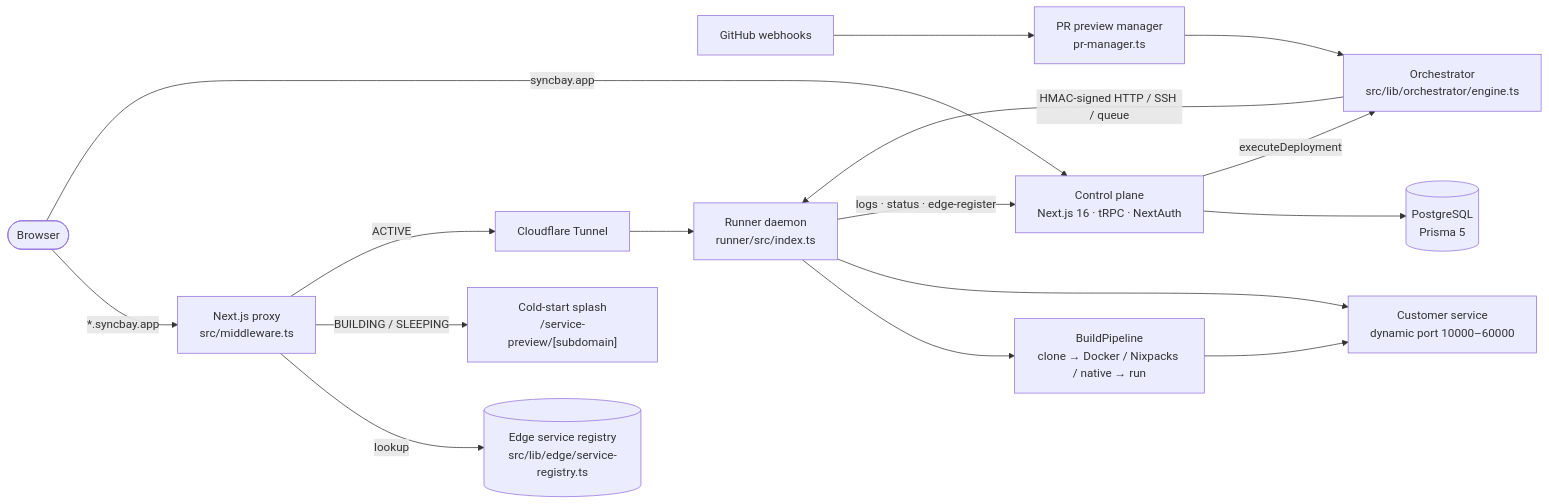
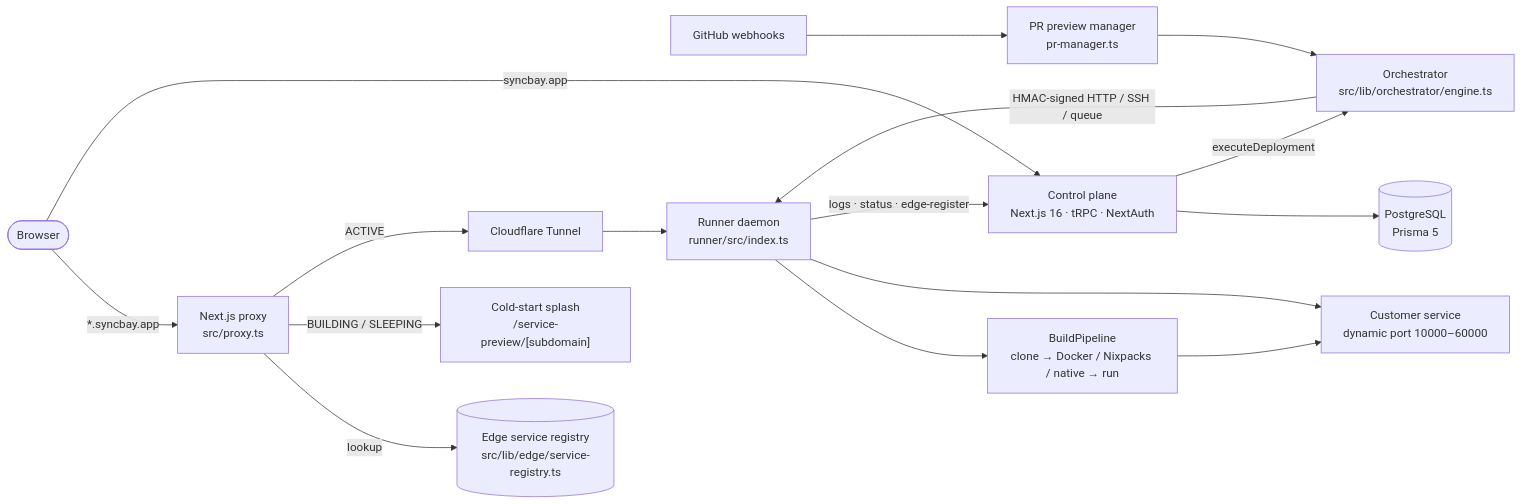
One commit to H410M-H/syncbay changed the diagram in README.md. Above: the diagram before and after it, drawn with Mermaid. The commit also changed other lines of this file and 4 other files, not shown here.

First line of the commit message:
docs: v1.0 integration — env vars, CI suites, roadmap

````diff
--- a/README.md
+++ b/README.md
@@ -7,16 +7,16 @@
 ```mermaid
 flowchart LR
-  user([Browser]) -->|"*.syncbay.app"| proxy["Next.js proxy<br/>src/middleware.ts"]
+  user([Browser]) -->|"*.syncbay.app"| proxy["Next.js proxy<br/>src/proxy.ts"]
   user -->|syncbay.app| app["Control plane<br/>Next.js 16 · tRPC · NextAuth"]
   proxy -->|lookup| registry[("Edge service registry<br/>src/lib/edge/service-registry.ts")]
   proxy -->|BUILDING / SLEEPING| splash["Cold-start splash<br/>/service-preview/[subdomain]"]
   proxy -->|ACTIVE| tunnel["Cloudflare Tunnel"]
   app --> db[("PostgreSQL<br/>Prisma 5")]
   app -->|executeDeployment| engine["Orchestrator<br/>src/lib/orchestrator/engine.ts"]
   gh[GitHub webhooks] --> pr["PR preview manager<br/>pr-manager.ts"] --> engine
   engine -->|"HMAC-signed HTTP / SSH / queue"| runner["Runner daemon<br/>runner/src/index.ts"]
   runner --> pipeline["BuildPipeline<br/>clone → Docker / Nixpacks / native → run"]
   pipeline --> svc["Customer service<br/>dynamic port 10000–60000"]
   tunnel --> runner --> svc
   runner -->|logs · status · edge-register| app
 ```
````
